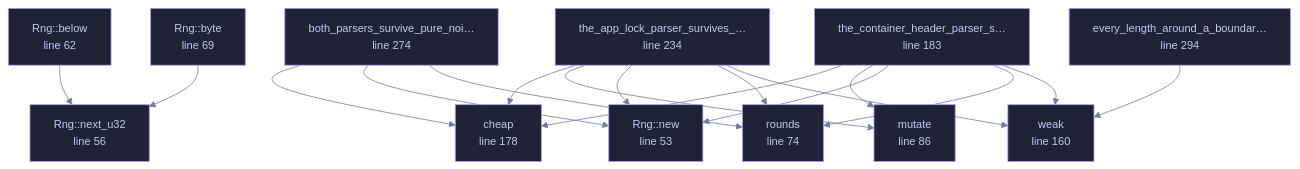
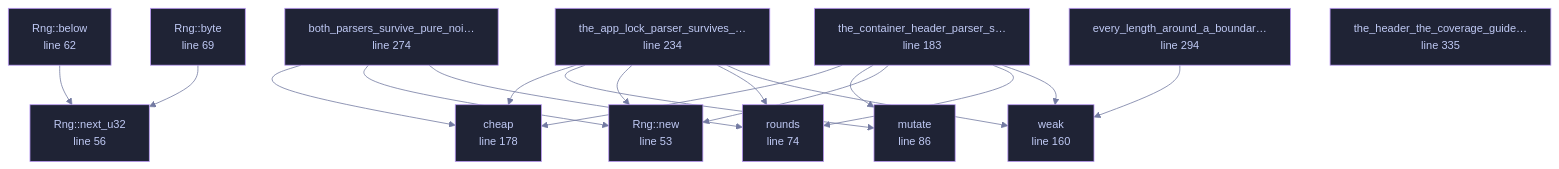
The diagram in docs/files/veilvoice-crypto/tests-parser_fuzz.md (tilas01/veilvoice), drawn with Mermaid before and after one commit. The commit also changed other lines of this file and 81 other files, not shown here.

````diff
--- a/docs/files/veilvoice-crypto/tests-parser_fuzz.md
+++ b/docs/files/veilvoice-crypto/tests-parser_fuzz.md
@@ -94,46 +94,48 @@
 ```mermaid
 %%{init: {"theme":"base","themeVariables":{"background":"#1a1b26","primaryColor":"#1f2335","primaryTextColor":"#c0caf5","primaryBorderColor":"#7aa2f7","secondaryColor":"#16161e","tertiaryColor":"#16161e","lineColor":"#737aa2","textColor":"#c0caf5","mainBkg":"#1f2335","nodeBorder":"#7aa2f7","clusterBkg":"#16161e","clusterBorder":"#2f3549","fontFamily":"ui-monospace, SFMono-Regular, Consolas, monospace","fontSize":"14px"}}}%%
 flowchart TD
     n_new["Rng::new<br/>line 53"]
     n_next_u32["Rng::next_u32<br/>line 56"]
     n_below["Rng::below<br/>line 62"]
     n_byte["Rng::byte<br/>line 69"]
     n_rounds["rounds<br/>line 74"]
     n_mutate["mutate<br/>line 86"]
     n_weak["weak<br/>line 160"]
     n_cheap["cheap<br/>line 178"]
     n_the_container_header_parser_survives_hostile_input["the_container_header_parser_s…<br/>line 183"]
     n_the_app_lock_parser_survives_hostile_input["the_app_lock_parser_survives_…<br/>line 234"]
     n_both_parsers_survive_pure_noise["both_parsers_survive_pure_noi…<br/>line 274"]
     n_every_length_around_a_boundary_is_handled["every_length_around_a_boundar…<br/>line 294"]
+    n_the_header_the_coverage_guided_campaign_found_is_refused["the_header_the_coverage_guide…<br/>line 335"]
     n_below --> n_next_u32
     n_both_parsers_survive_pure_noise --> n_cheap
     n_both_parsers_survive_pure_noise --> n_new
     n_both_parsers_survive_pure_noise --> n_rounds
     n_byte --> n_next_u32
     n_every_length_around_a_boundary_is_handled --> n_weak
     n_the_app_lock_parser_survives_hostile_input --> n_cheap
     n_the_app_lock_parser_survives_hostile_input --> n_mutate
     n_the_app_lock_parser_survives_hostile_input --> n_new
     n_the_app_lock_parser_survives_hostile_input --> n_rounds
     n_the_app_lock_parser_survives_hostile_input --> n_weak
     n_the_container_header_parser_survives_hostile_input --> n_cheap
     n_the_container_header_parser_survives_hostile_input --> n_mutate
     n_the_container_header_parser_survives_hostile_input --> n_new
     n_the_container_header_parser_survives_hostile_input --> n_rounds
     n_the_container_header_parser_survives_hostile_input --> n_weak
     click n_new href "https://github.com/tilas01/veilvoice/blob/main/crates/veilvoice-crypto/tests/parser_fuzz.rs#L53" "open the source"
     click n_next_u32 href "https://github.com/tilas01/veilvoice/blob/main/crates/veilvoice-crypto/tests/parser_fuzz.rs#L56" "open the source"
     click n_below href "https://github.com/tilas01/veilvoice/blob/main/crates/veilvoice-crypto/tests/parser_fuzz.rs#L62" "open the source"
     click n_byte href "https://github.com/tilas01/veilvoice/blob/main/crates/veilvoice-crypto/tests/parser_fuzz.rs#L69" "open the source"
     click n_rounds href "https://github.com/tilas01/veilvoice/blob/main/crates/veilvoice-crypto/tests/parser_fuzz.rs#L74" "open the source"
     click n_mutate href "https://github.com/tilas01/veilvoice/blob/main/crates/veilvoice-crypto/tests/parser_fuzz.rs#L86" "open the source"
     click n_weak href "https://github.com/tilas01/veilvoice/blob/main/crates/veilvoice-crypto/tests/parser_fuzz.rs#L160" "open the source"
     click n_cheap href "https://github.com/tilas01/veilvoice/blob/main/crates/veilvoice-crypto/tests/parser_fuzz.rs#L178" "open the source"
     click n_the_container_header_parser_survives_hostile_input href "https://github.com/tilas01/veilvoice/blob/main/crates/veilvoice-crypto/tests/parser_fuzz.rs#L183" "open the source"
     click n_the_app_lock_parser_survives_hostile_input href "https://github.com/tilas01/veilvoice/blob/main/crates/veilvoice-crypto/tests/parser_fuzz.rs#L234" "open the source"
     click n_both_parsers_survive_pure_noise href "https://github.com/tilas01/veilvoice/blob/main/crates/veilvoice-crypto/tests/parser_fuzz.rs#L274" "open the source"
     click n_every_length_around_a_boundary_is_handled href "https://github.com/tilas01/veilvoice/blob/main/crates/veilvoice-crypto/tests/parser_fuzz.rs#L294" "open the source"
+    click n_the_header_the_coverage_guided_campaign_found_is_refused href "https://github.com/tilas01/veilvoice/blob/main/crates/veilvoice-crypto/tests/parser_fuzz.rs#L335" "open the source"
     classDef helper fill:#1f2335,stroke:#bb9af7,color:#c0caf5
-    class n_new,n_next_u32,n_below,n_byte,n_rounds,n_mutate,n_weak,n_cheap,n_the_container_header_parser_survives_hostile_input,n_the_app_lock_parser_survives_hostile_input,n_both_parsers_survive_pure_noise,n_every_length_around_a_boundary_is_handled helper
+    class n_new,n_next_u32,n_below,n_byte,n_rounds,n_mutate,n_weak,n_cheap,n_the_container_header_parser_survives_hostile_input,n_the_app_lock_parser_survives_hostile_input,n_both_parsers_survive_pure_noise,n_every_length_around_a_boundary_is_handled,n_the_header_the_coverage_guided_campaign_found_is_refused helper
 ```
````
